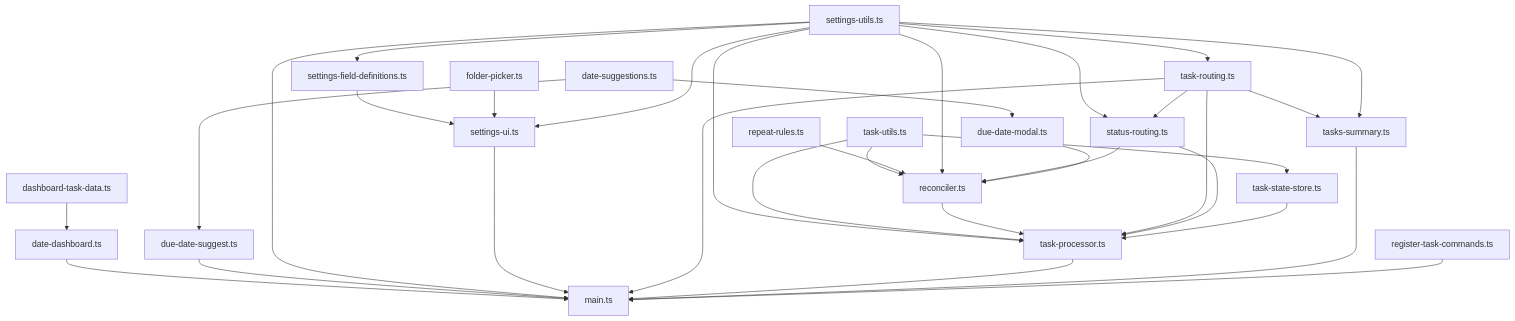
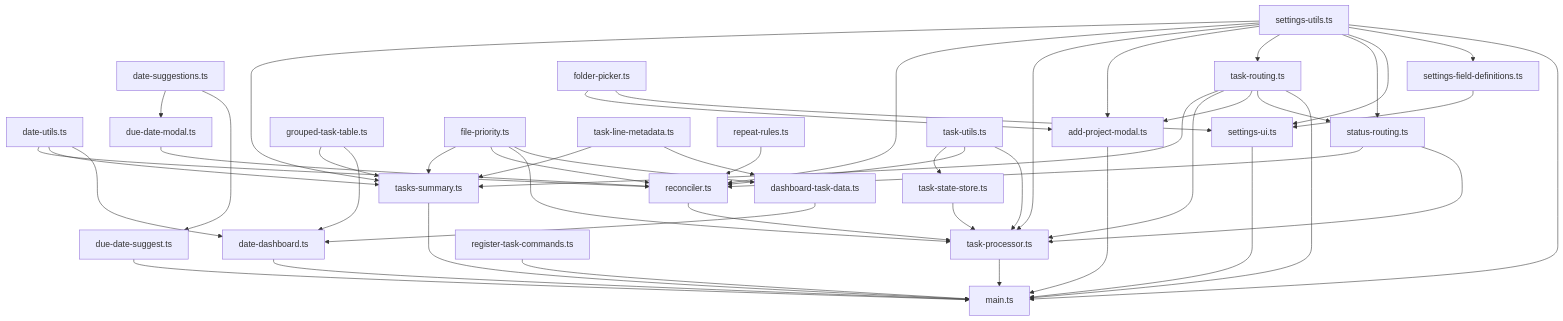
Before and after one commit to apurvanakade/obsidian-task-manager: the diagram in README.md, drawn with Mermaid. The commit also changed other lines of this file and 17 other files, not shown here.

Commit message:
Several changes: 1. removed file processing commands except reset tasks 2. moved priority to file level 3. added new project command

````diff
--- a/README.md
+++ b/README.md
@@ -206,6 +203,7 @@
    D[date-dashboard.ts]
    DTD[dashboard-task-data.ts]
    E[due-date-suggest.ts]
+   DU[date-utils.ts]
    DS[date-suggestions.ts]
 
    SUI[settings-ui.ts]
@@ -215,9 +213,13 @@
 
    RS[status-routing.ts]
    RT[task-routing.ts]
+   AP[add-project-modal.ts]
+   GT[grouped-task-table.ts]
 
    TP[task-processor.ts]
    RC[reconciler.ts]
+   PRI[file-priority.ts]
+   TLM[task-line-metadata.ts]
    RR[repeat-rules.ts]
    DDM[due-date-modal.ts]
    TS[task-state-store.ts]
@@ -225,18 +227,23 @@
    SUM[tasks-summary.ts]
    CMD[register-task-commands.ts]
 
-   D --> M
-   E --> M
-   SU --> M
-   SUI --> M
-   RT --> M
-   TP --> M
-   SUM --> M
-   CMD --> M
+    D --> M
+    E --> M
+    SU --> M
+    SUI --> M
+    RT --> M
+    AP --> M
+    TP --> M
+    SUM --> M
+    CMD --> M
 
-   DTD --> D
+     DTD --> D
+     DU --> D
+     GT --> D
+     PRI --> DTD
+     TLM --> DTD
 
-   DS --> E
+     DS --> E
 
    SFD --> SUI
    SU --> SFD
@@ -247,21 +254,32 @@
    RT --> RS
    SU --> RT
 
-   SU --> TP
-   TU --> TP
-   RC --> TP
+    FP --> AP
+    RT --> AP
+    SU --> AP
+
+     GT --> SUM
+     DU --> SUM
+     SU --> TP
+     TU --> TP
+    RC --> TP
+   PRI --> TP
    RT --> TP
    RS --> TP
    TS --> TP
 
-   TU --> RC
-   RR --> RC
-   SU --> RC
-   RS --> RC
-   DDM --> RC
-   DS --> DDM
+    TU --> RC
+    DU --> RC
+    PRI --> RC
+    RR --> RC
+    SU --> RC
+    RS --> RC
+    DDM --> RC
+    DS --> DDM
+    TLM --> SUM
 
-   TU --> TS
-   RT --> SUM
-   SU --> SUM
+    TU --> TS
+    RT --> SUM
+    PRI --> SUM
+    SU --> SUM
 ```
````
